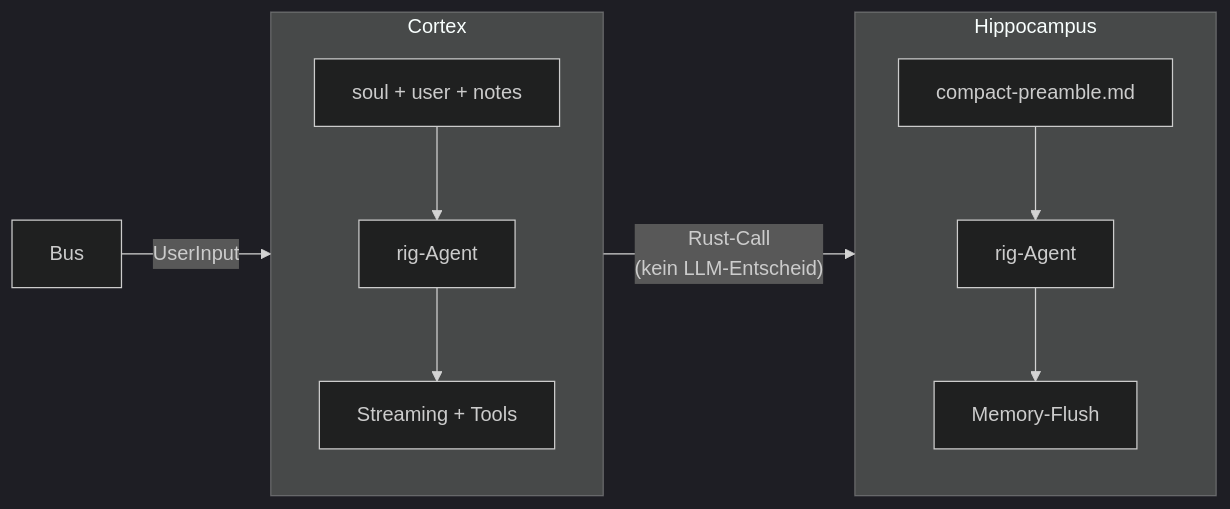
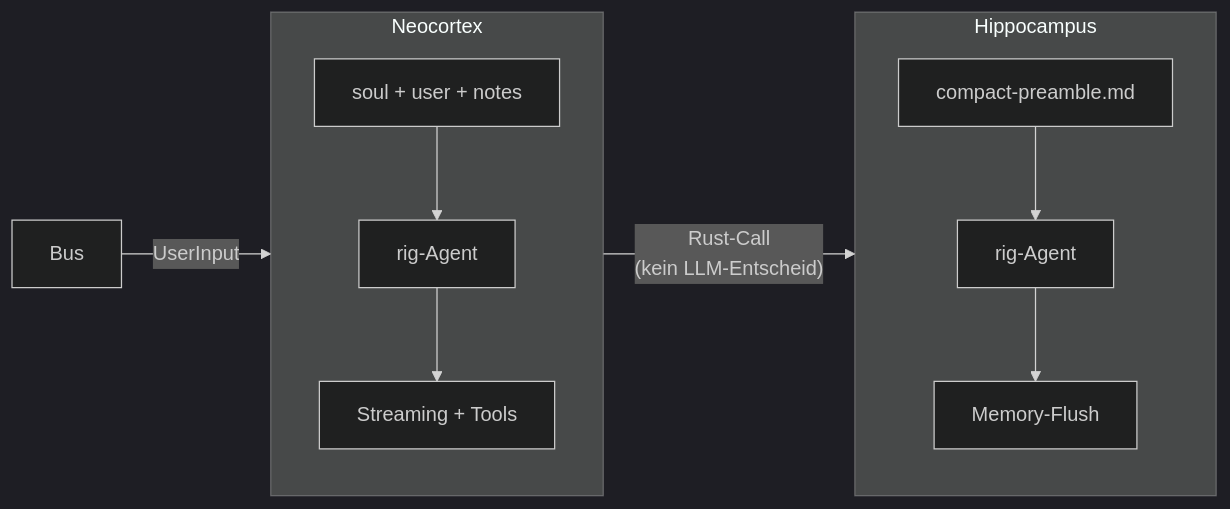
Before and after one commit to Superheld/aiux: the third of 7 diagrams in docs/ARCHITECTURE.md, drawn with Mermaid (dark theme). The commit also changed other lines of this file and 15 other files, not shown here.

First line of the commit message:
feat(shell): ShellTool + Rename cortex → neocortex (Phase E)

````diff
--- a/docs/ARCHITECTURE.md
+++ b/docs/ARCHITECTURE.md
@@ -122,15 +122,15 @@
 ```mermaid
 flowchart LR
-  subgraph Cortex
+  subgraph Neocortex
     direction TB
     C1[soul + user + notes] --> C2[rig-Agent]
     C2 --> C3[Streaming + Tools]
   end
   subgraph Hippocampus
     direction TB
     H1[compact-preamble.md] --> H2[rig-Agent]
     H2 --> H3[Memory-Flush]
   end
-  Bus -->|UserInput| Cortex
-  Cortex -->|"Rust-Call\n(kein LLM-Entscheid)"| Hippocampus
+  Bus -->|UserInput| Neocortex
+  Neocortex -->|"Rust-Call\n(kein LLM-Entscheid)"| Hippocampus
 ```
````
